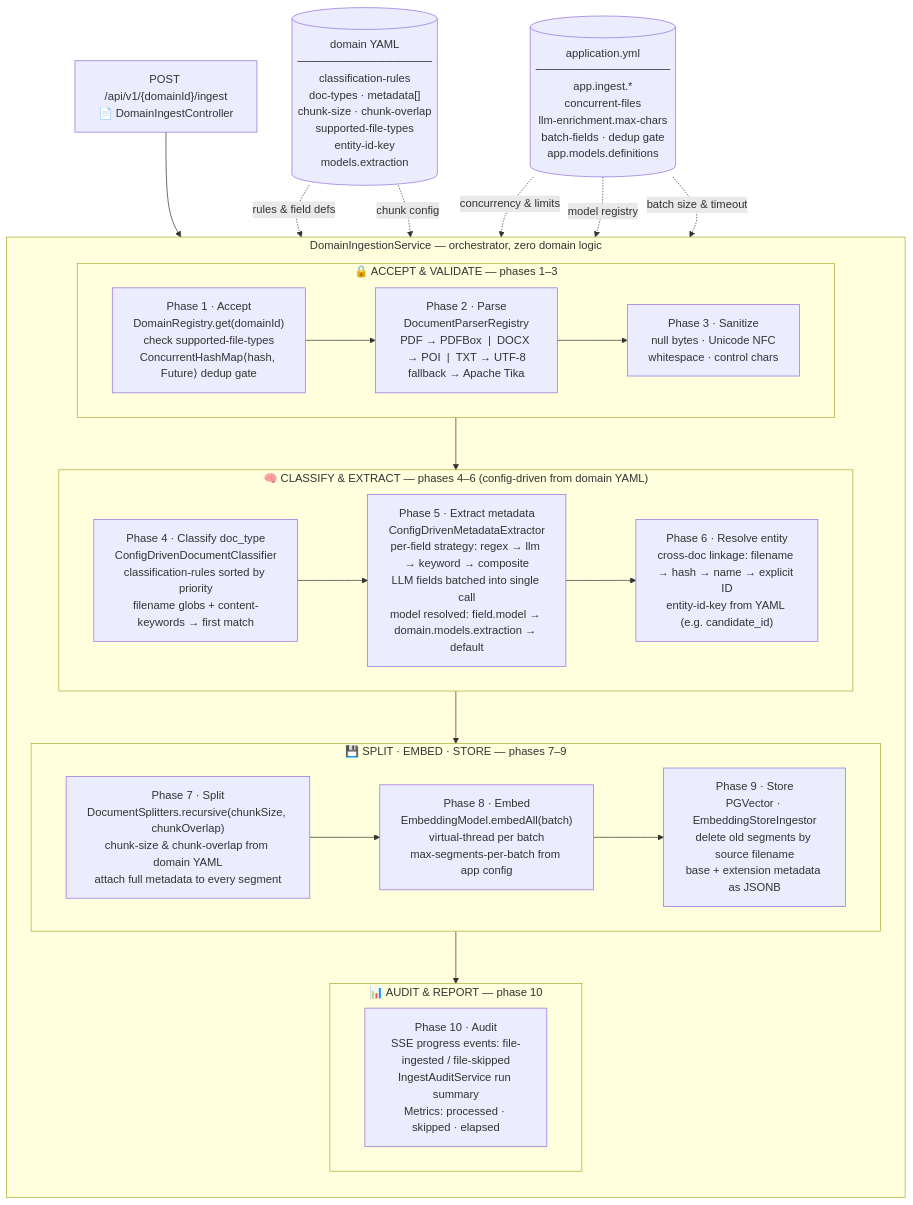
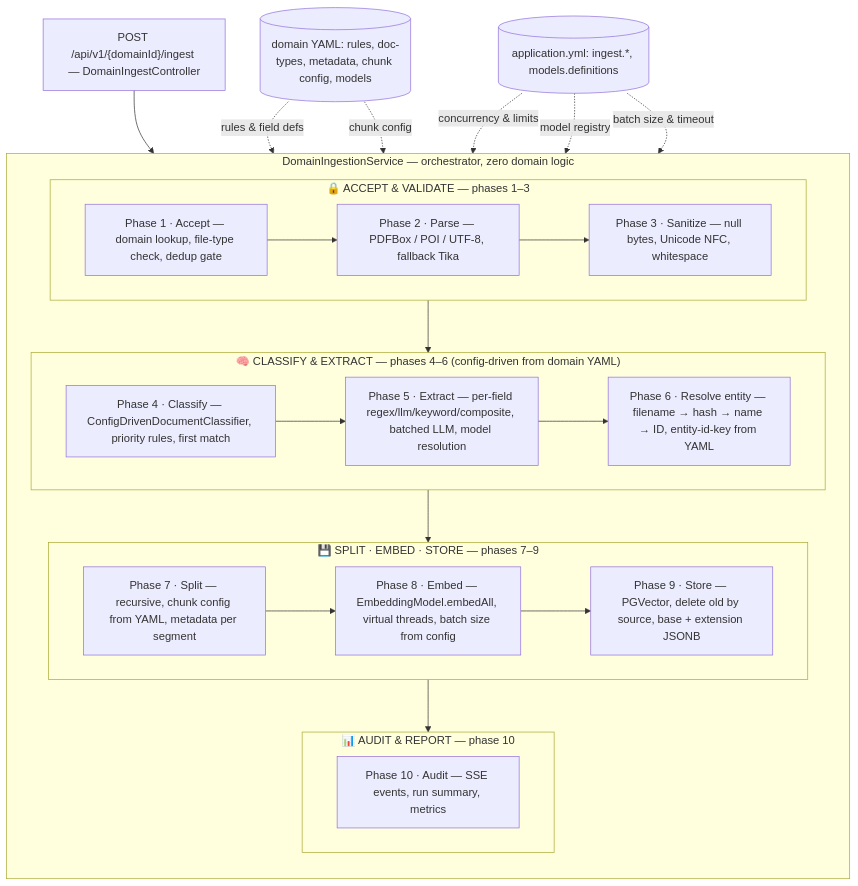
The first of 3 diagrams in ingestion-pipeline.md (josalero/generic-rag-poc), drawn with Mermaid before and after one commit. The commit also changed other lines of this file and 2 other files, not shown here.

Commit message:
TOC added

````diff
--- a/ingestion-pipeline.md
+++ b/ingestion-pipeline.md
@@ -12,45 +12,45 @@
 ```mermaid
 flowchart TD
-    INPUT["POST /api/v1/{domainId}/ingest\n📄 DomainIngestController"]
+    INPUT["POST /api/v1/{domainId}/ingest — DomainIngestController"]
     INPUT --> ORCH
 
     subgraph ORCH["DomainIngestionService — orchestrator, zero domain logic"]
         direction TB
 
         subgraph ACCEPT["🔒 ACCEPT & VALIDATE — phases 1–3"]
-            P1["Phase 1 · Accept\nDomainRegistry.get(domainId)\ncheck supported-file-types\nConcurrentHashMap⟨hash, Future⟩ dedup gate"]
-            P2["Phase 2 · Parse\nDocumentParserRegistry\nPDF → PDFBox  |  DOCX → POI  |  TXT → UTF-8\nfallback → Apache Tika"]
-            P3["Phase 3 · Sanitize\nnull bytes · Unicode NFC\nwhitespace · control chars"]
+            P1["Phase 1 · Accept — domain lookup, file-type check, dedup gate"]
+            P2["Phase 2 · Parse — PDFBox / POI / UTF-8, fallback Tika"]
+            P3["Phase 3 · Sanitize — null bytes, Unicode NFC, whitespace"]
             P1 --> P2 --> P3
         end
 
         subgraph ENRICH["🧠 CLASSIFY & EXTRACT — phases 4–6 (config-driven from domain YAML)"]
-            P4["Phase 4 · Classify doc_type\nConfigDrivenDocumentClassifier\nclassification-rules sorted by priority\nfilename globs + content-keywords → first match"]
-            P5["Phase 5 · Extract metadata\nConfigDrivenMetadataExtractor\nper-field strategy: regex → llm → keyword → composite\nLLM fields batched into single call\nmodel resolved: field.model → domain.models.extraction → default"]
-            P6["Phase 6 · Resolve entity\ncross-doc linkage: filename → hash → name → explicit ID\nentity-id-key from YAML (e.g. candidate_id)"]
+            P4["Phase 4 · Classify — ConfigDrivenDocumentClassifier, priority rules, first match"]
+            P5["Phase 5 · Extract — per-field regex/llm/keyword/composite, batched LLM, model resolution"]
+            P6["Phase 6 · Resolve entity — filename → hash → name → ID, entity-id-key from YAML"]
             P4 --> P5 --> P6
         end
 
         subgraph STORE["💾 SPLIT · EMBED · STORE — phases 7–9"]
-            P7["Phase 7 · Split\nDocumentSplitters.recursive(chunkSize, chunkOverlap)\nchunk-size & chunk-overlap from domain YAML\nattach full metadata to every segment"]
-            P8["Phase 8 · Embed\nEmbeddingModel.embedAll(batch)\nvirtual-thread per batch\nmax-segments-per-batch from app config"]
-            P9["Phase 9 · Store\nPGVector · EmbeddingStoreIngestor\ndelete old segments by source filename\nbase + extension metadata as JSONB"]
+            P7["Phase 7 · Split — recursive, chunk config from YAML, metadata per segment"]
+            P8["Phase 8 · Embed — EmbeddingModel.embedAll, virtual threads, batch size from config"]
+            P9["Phase 9 · Store — PGVector, delete old by source, base + extension JSONB"]
             P7 --> P8 --> P9
         end
 
         subgraph AUDIT["📊 AUDIT & REPORT — phase 10"]
-            P10["Phase 10 · Audit\nSSE progress events: file-ingested / file-skipped\nIngestAuditService run summary\nMetrics: processed · skipped · elapsed"]
+            P10["Phase 10 · Audit — SSE events, run summary, metrics"]
         end
 
         ACCEPT --> ENRICH --> STORE --> AUDIT
     end
 
-    DOMAIN_YAML[("domain YAML\n─────────────────\nclassification-rules\ndoc-types · metadata[]\nchunk-size · chunk-overlap\nsupported-file-types\nentity-id-key\nmodels.extraction")]
-    APP_YAML[("application.yml\n─────────────────\napp.ingest.*\nconcurrent-files\nllm-enrichment.max-chars\nbatch-fields · dedup gate\napp.models.definitions")]
+    DOMAIN_YAML[("domain YAML: rules, doc-types, metadata, chunk config, models")]
+    APP_YAML[("application.yml: ingest.*, models.definitions")]
 
     DOMAIN_YAML -.->|"rules & field defs"| ENRICH
     DOMAIN_YAML -.->|"chunk config"| STORE
     APP_YAML -.->|"concurrency & limits"| ACCEPT
     APP_YAML -.->|"model registry"| ENRICH
     APP_YAML -.->|"batch size & timeout"| STORE
 ```
````
